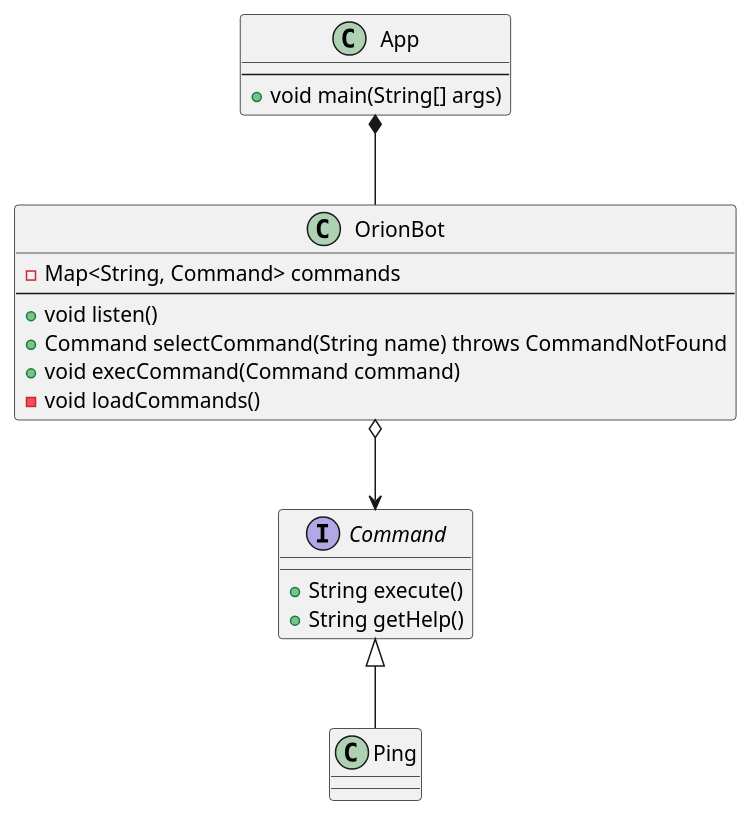
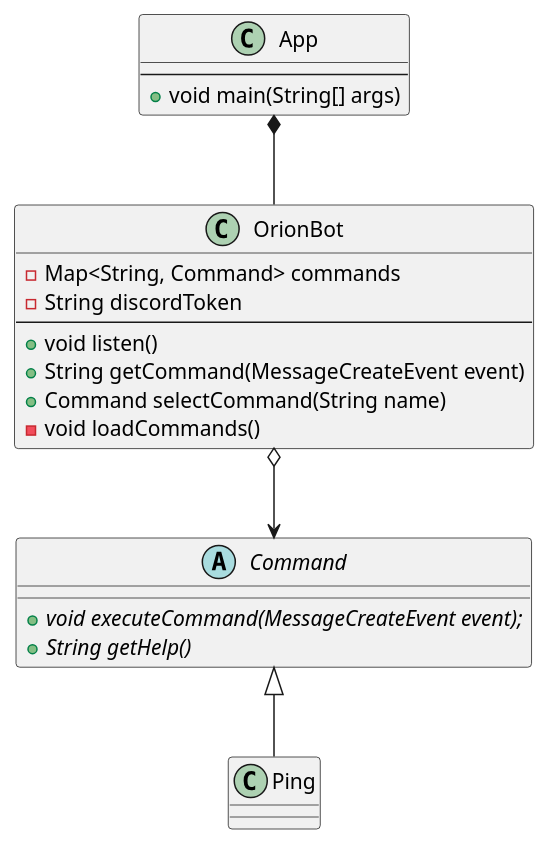
The diagram in docs/uml/class.puml (oibaf-ifrs/bot), drawn with PlantUML before and after one commit. The commit also changed 6 other files, not shown here.

```diff
--- a/docs/uml/class.puml
+++ b/docs/uml/class.puml
@@ -1,29 +1,30 @@
 @startuml
 
 App *-- OrionBot
 OrionBot o--> Command
 Command <|-- Ping
 
 class App{
 --
 + void main(String[] args)
 }
 
 class OrionBot {
     - Map<String, Command> commands
+    - String discordToken
 --
     + void listen()
-    + Command selectCommand(String name) throws CommandNotFound
-    + void execCommand(Command command)
+    + String getCommand(MessageCreateEvent event)
+    + Command selectCommand(String name)
     - void loadCommands()
 }
 
-interface Command {
-    + String execute()
-    + String getHelp()
+abstract Command {
+    + {abstract} void executeCommand(MessageCreateEvent event);
+    + {abstract} String getHelp()
 }
 
 Class Ping{
 
 }
 @enduml
```
